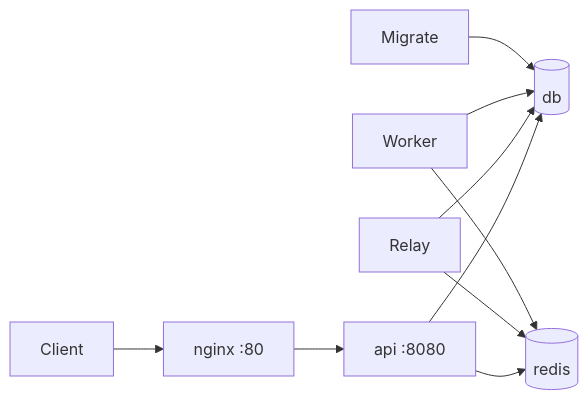
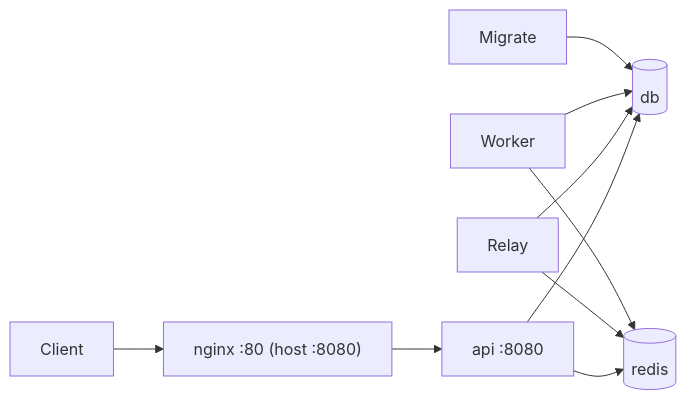
One commit to web-sujal/async-notification-system changed the third of 3 diagrams in ARCHITECTURE.md. Above: the diagram before and after it, drawn with Mermaid. The commit also changed other lines of this file and 2 other files, not shown here.

First line of the commit message:
chore: Update architecture and Docker configurations for Nginx

````diff
--- a/ARCHITECTURE.md
+++ b/ARCHITECTURE.md
@@ -230,12 +230,12 @@
 ```mermaid
 flowchart LR
-  Client --> Nginx["nginx :80"]
+  Client --> Nginx["nginx :80 (host :8080)"]
   Nginx --> API["api :8080"]
   API --> Postgres[(db)]
   API --> Redis[(redis)]
   Relay --> Postgres
   Relay --> Redis
   Worker --> Postgres
   Worker --> Redis
   Migrate --> Postgres
 ```
````
